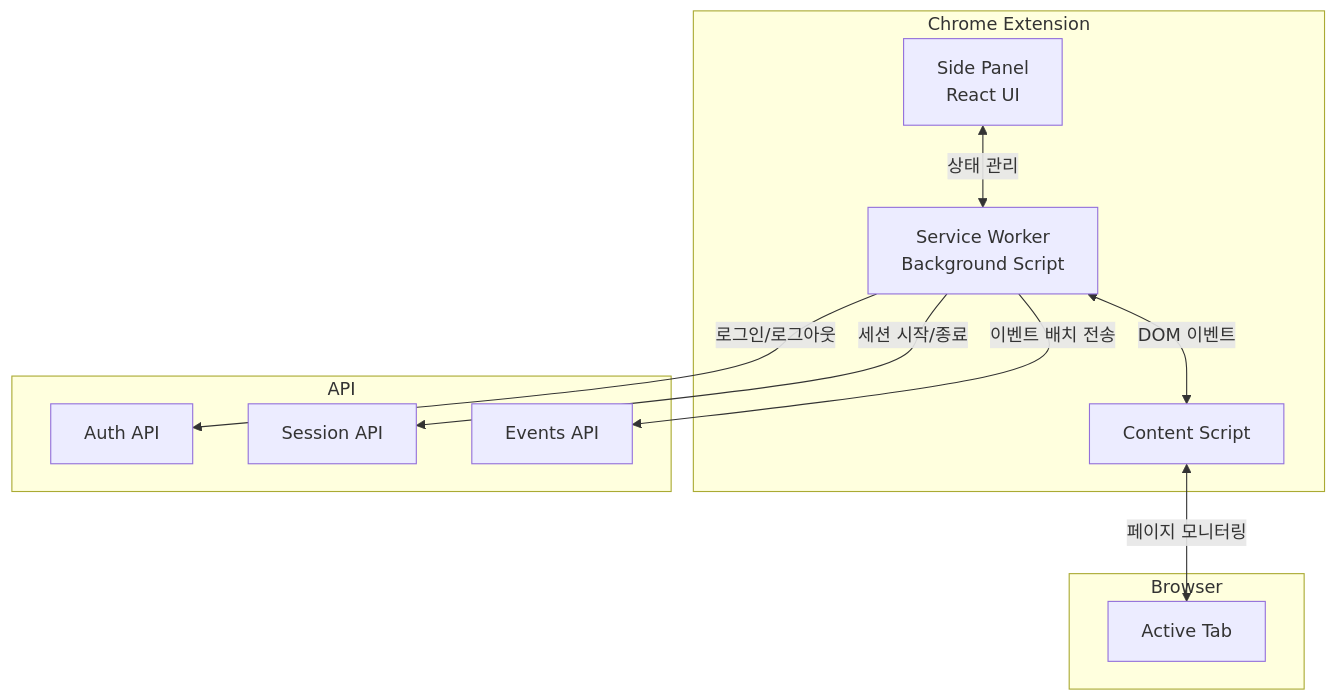
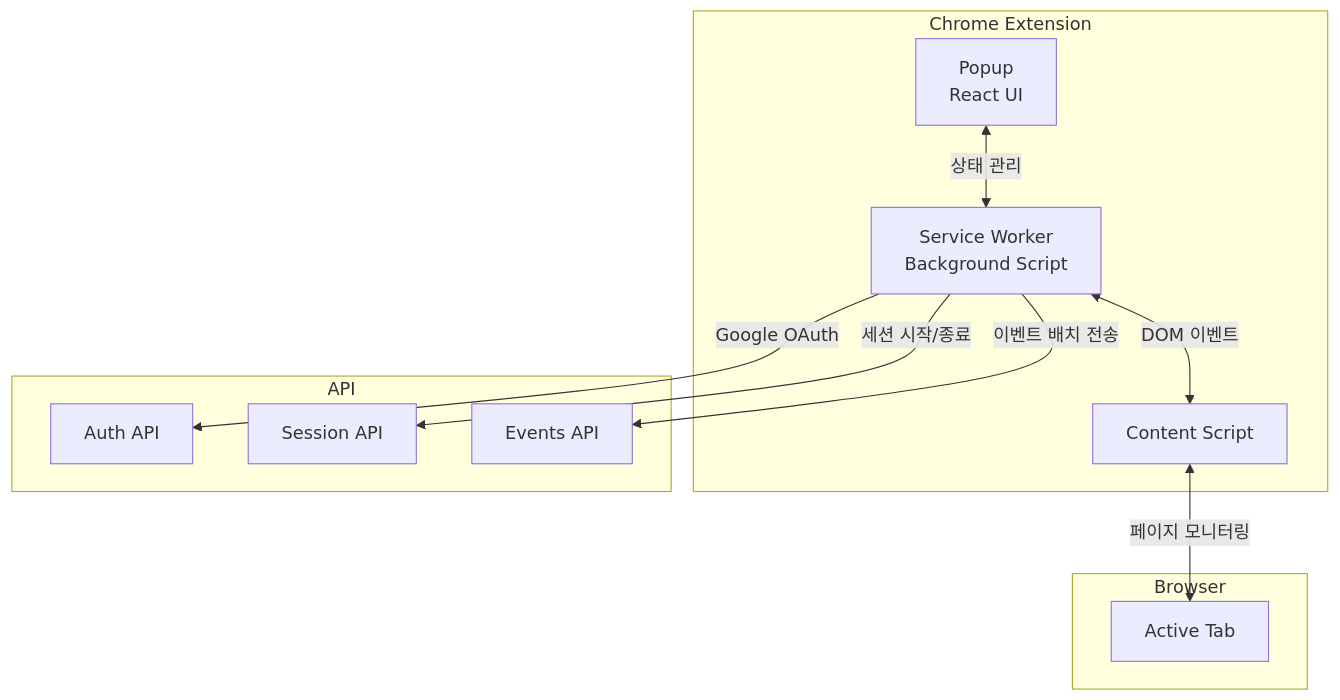
The diagram in docs/development/phases/phase-8-extension.md (coldzero94/mindhit), drawn with Mermaid before and after one commit. The commit also changed other lines of this file and 3 other files, not shown here.

````diff
--- a/docs/development/phases/phase-8-extension.md
+++ b/docs/development/phases/phase-8-extension.md
@@ -16,26 +16,26 @@
 ```mermaid
 flowchart TB
     subgraph Chrome Extension
-        SP[Side Panel<br/>React UI]
+        PP[Popup<br/>React UI]
         BG[Service Worker<br/>Background Script]
         CS[Content Script]
     end
 
     subgraph Browser
         TAB[Active Tab]
     end
 
     subgraph API
         AUTH[Auth API]
         SESS[Session API]
         EVT[Events API]
     end
 
-    SP <-->|상태 관리| BG
+    PP <-->|상태 관리| BG
     BG <-->|DOM 이벤트| CS
     CS <-->|페이지 모니터링| TAB
 
-    BG -->|로그인/로그아웃| AUTH
+    BG -->|Google OAuth| AUTH
     BG -->|세션 시작/종료| SESS
     BG -->|이벤트 배치 전송| EVT
 ```
````
